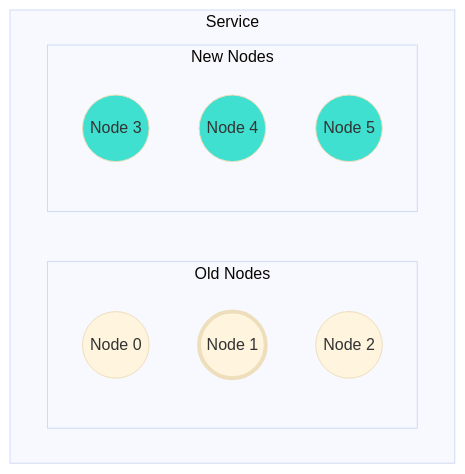
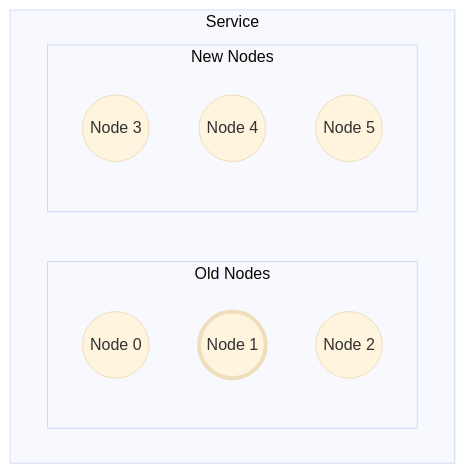
Before and after one commit to microsoft/CCF: the second of 6 diagrams in doc/operations/code_upgrade.rst, drawn with Mermaid (base theme). The commit also changed other lines of this file and 27 other files, not shown here.

```diff
--- a/doc/operations/code_upgrade.rst
+++ b/doc/operations/code_upgrade.rst
@@ -40,23 +40,19 @@
 .. mermaid::
 
     graph TB;
-        classDef NewNode fill:turquoise
         classDef Primary stroke-width:4px
 
         subgraph Service
             subgraph Old Nodes
                 Node0((Node 0))
                 Node1((Node 1))
                 class Node1 Primary
                 Node2((Node 2))
             end
 
             subgraph New Nodes
                 Node3((Node 3))
                 Node4((Node 4))
                 Node5((Node 5))
-                class Node3 NewNode
-                class Node4 NewNode
-                class Node5 NewNode
             end
         end
```
